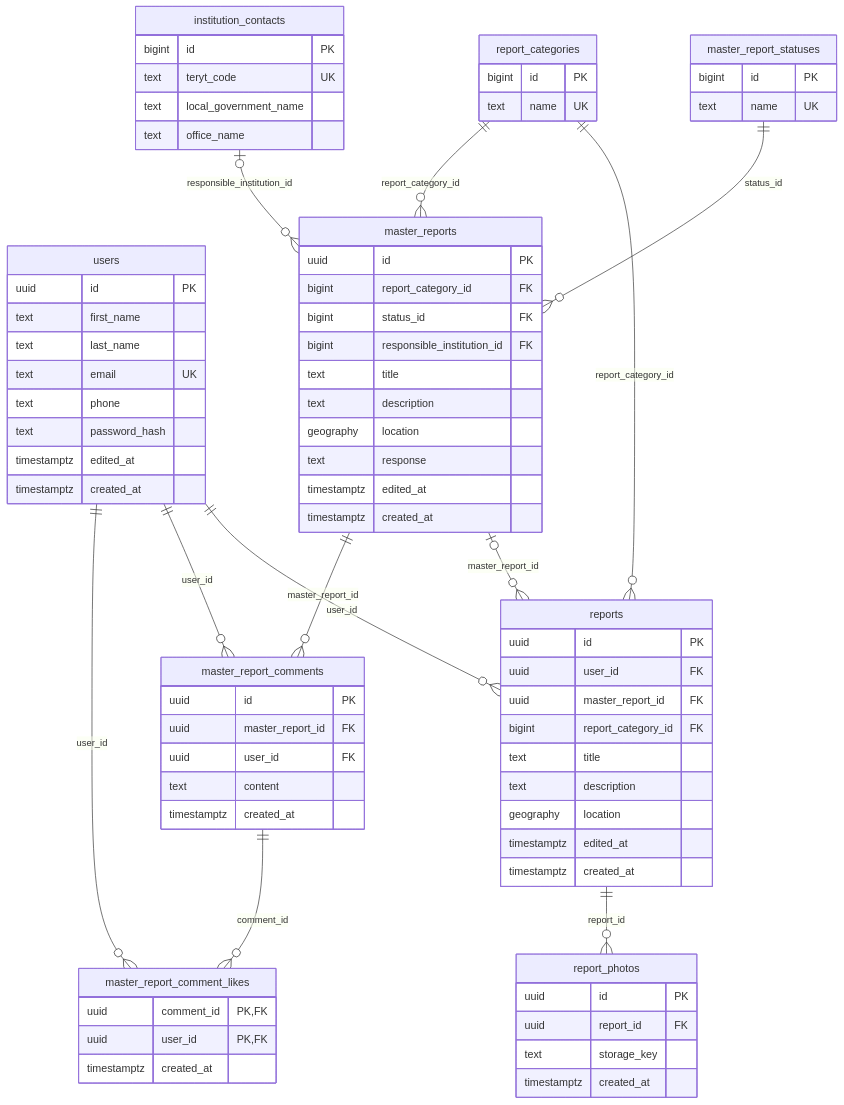
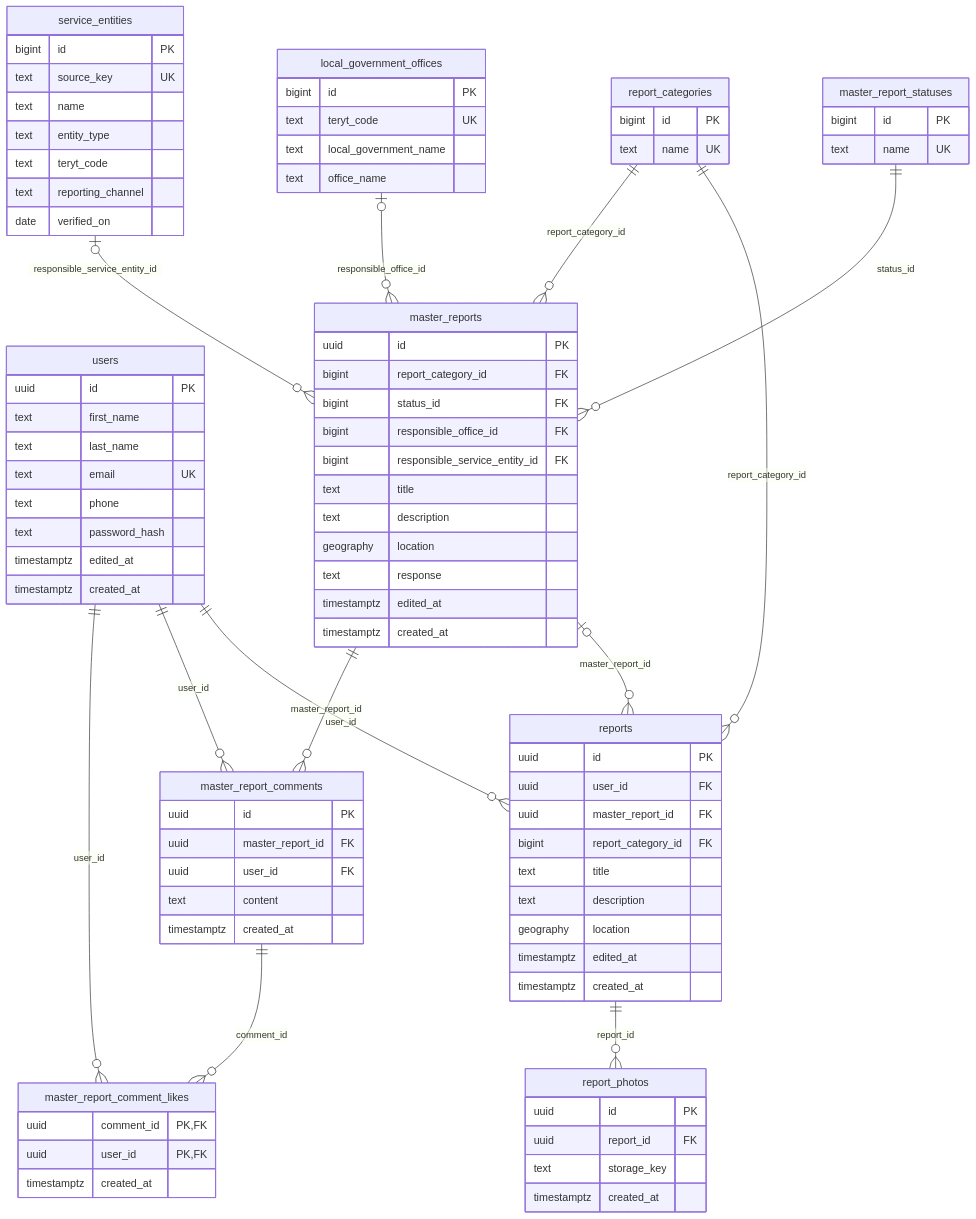
One commit to portugalskie-armatki-sniezne/eHackYeah2026 changed the diagram in apps/api/docs/data-model.md. Above: the diagram before and after it, drawn with Mermaid. The commit also changed other lines of this file and 23 other files, not shown here.

First line of the commit message:
🚀 feat(db)!: add civic service entities and office references

```diff
--- a/apps/api/docs/data-model.md
+++ b/apps/api/docs/data-model.md
@@ -11,7 +11,8 @@
     report_categories ||--o{ reports : "report_category_id"
     report_categories ||--o{ master_reports : "report_category_id"
     master_report_statuses ||--o{ master_reports : "status_id"
-    institution_contacts |o--o{ master_reports : "responsible_institution_id"
+    local_government_offices |o--o{ master_reports : "responsible_office_id"
+    service_entities |o--o{ master_reports : "responsible_service_entity_id"
     reports ||--o{ report_photos : "report_id"
     master_reports ||--o{ master_report_comments : "master_report_id"
     users ||--o{ master_report_comments : "user_id"
@@ -40,7 +41,8 @@
         uuid id PK
         bigint report_category_id FK
         bigint status_id FK
-        bigint responsible_institution_id FK
+        bigint responsible_office_id FK
+        bigint responsible_service_entity_id FK
         text title
         text description
         geography location
@@ -77,7 +79,16 @@
         uuid user_id PK,FK
         timestamptz created_at
     }
-    institution_contacts {
+    service_entities {
+        bigint id PK
+        text source_key UK
+        text name
+        text entity_type
+        text teryt_code
+        text reporting_channel
+        date verified_on
+    }
+    local_government_offices {
         bigint id PK
         text teryt_code UK
         text local_government_name
```
